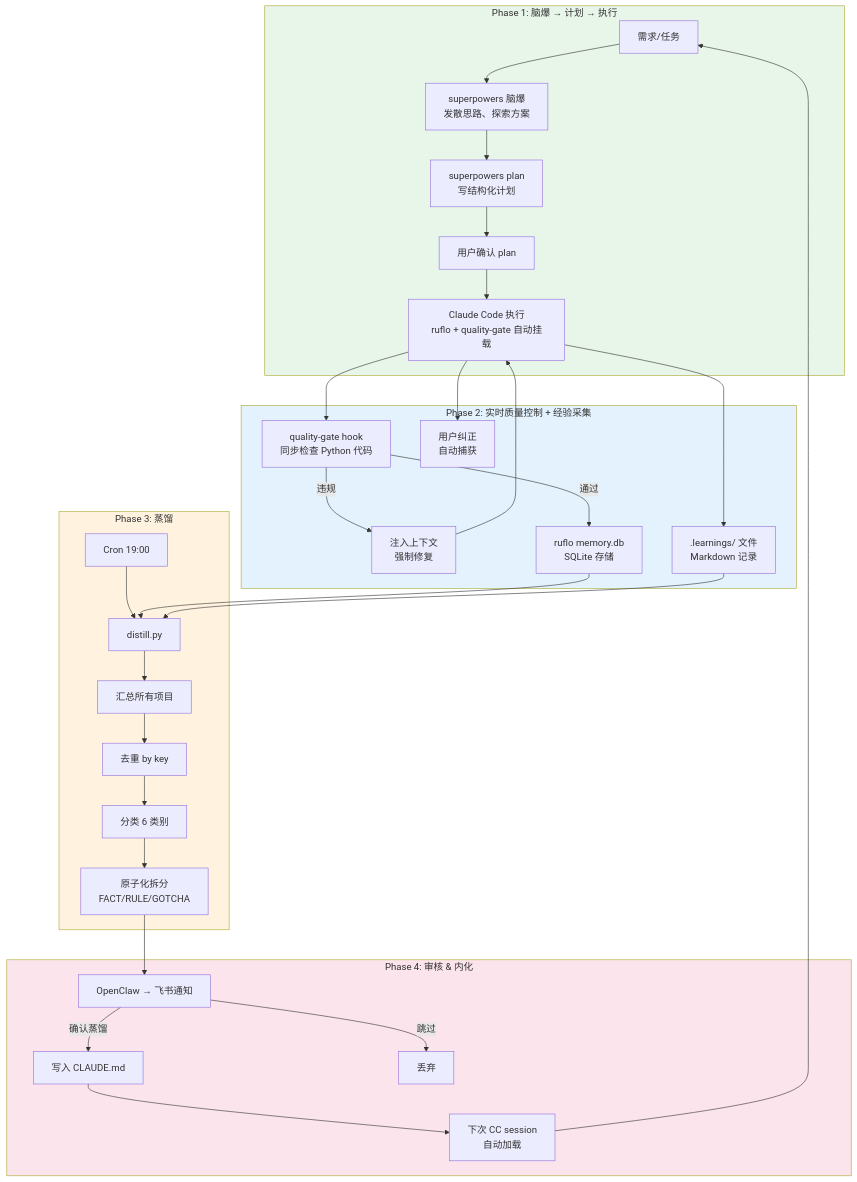
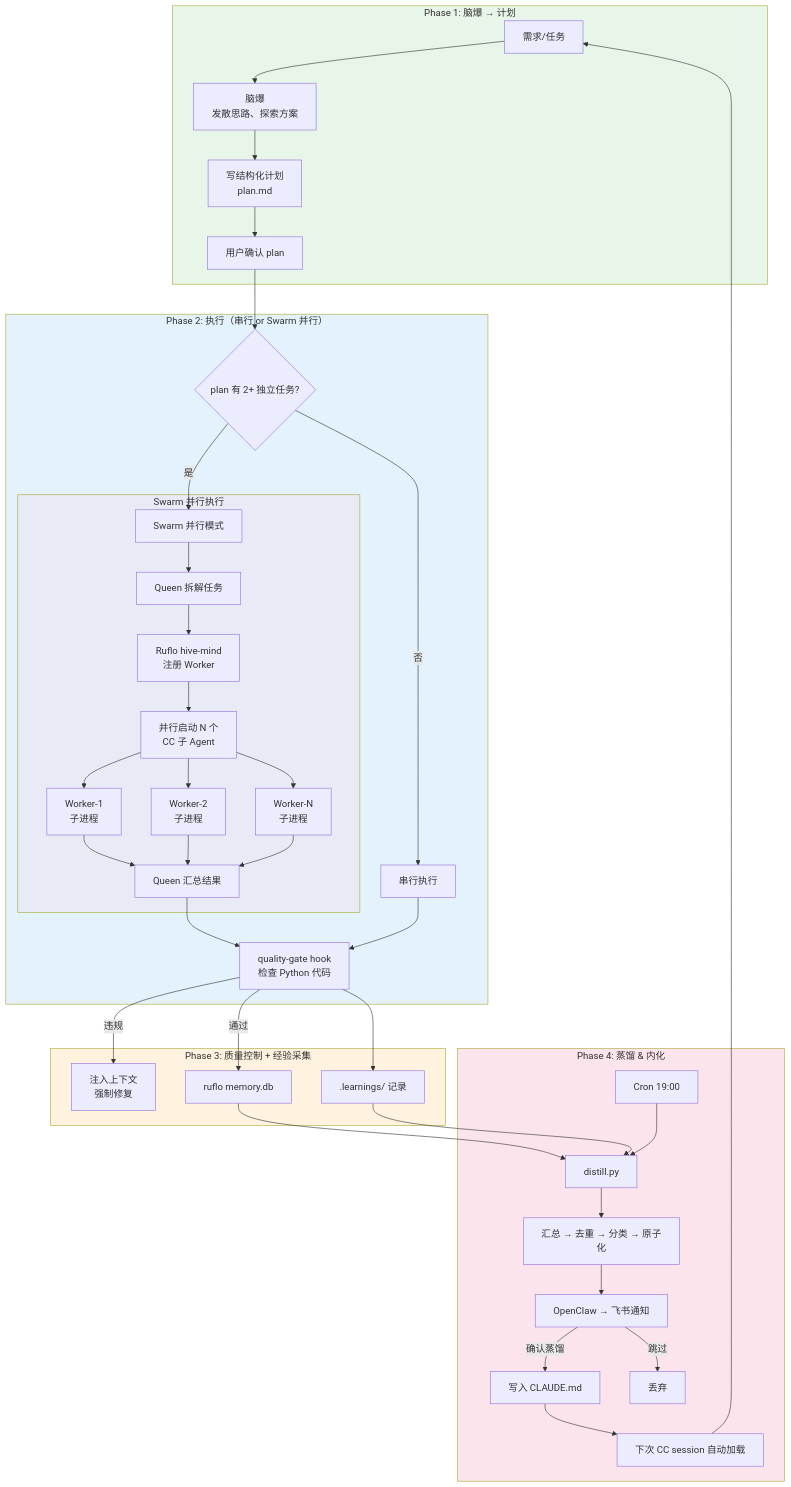
The first of 5 diagrams in diagrams/workflow.md (yaofuhong0311/ai-coding-workflow), drawn with Mermaid before and after one commit. The commit also changed other lines of this file and 2 other files, not shown here.

Commit message:
docs: add Swarm Agent parallel execution model and fix tech stack
- Add Swarm Agent section to README: Queen + Workers + CC sub-agent parallel execution pattern
- Clarify two-layer separation: Ruflo hive-mind (coordination) vs CC built-in Agent (execution)
- Update workflow from 3-step to 4-step: brainstorm → plan → execute (serial or swarm) → distill
- Add hooks configuration examples in architecture.md
- Remove ast-grep references (replaced by ruff + python-quality-gate.sh)
- Update workflow diagrams: add Swarm parallel execution branch and Swarm architecture diagram
- Fix tech stack: remove ast-grep, add CC built-in Agent parallel capability

````diff
--- a/diagrams/workflow.md
+++ b/diagrams/workflow.md
@@ -5,41 +5,54 @@
 ```mermaid
 flowchart TD
-    subgraph Phase1["Phase 1: 脑爆 → 计划 → 执行"]
-        A[需求/任务] --> B[superpowers 脑爆<br/>发散思路、探索方案]
-        B --> C[superpowers plan<br/>写结构化计划]
+    subgraph Phase1["Phase 1: 脑爆 → 计划"]
+        A[需求/任务] --> B[脑爆<br/>发散思路、探索方案]
+        B --> C[写结构化计划<br/>plan.md]
         C --> D[用户确认 plan]
-        D --> E[Claude Code 执行<br/>ruflo + quality-gate 自动挂载]
     end
 
-    subgraph Phase2["Phase 2: 实时质量控制 + 经验采集"]
-        E --> F1[quality-gate hook<br/>同步检查 Python 代码]
-        F1 -->|违规| F2[注入上下文<br/>强制修复]
-        F2 --> E
-        F1 -->|通过| F[ruflo memory.db<br/>SQLite 存储]
-        E --> G[.learnings/ 文件<br/>Markdown 记录]
-        E --> H[用户纠正<br/>自动捕获]
+    subgraph Phase2["Phase 2: 执行（串行 or Swarm 并行）"]
+        D --> E{plan 有 2+ 独立任务?}
+        E -->|是| SW[Swarm 并行模式]
+        E -->|否| SE[串行执行]
+
+        subgraph Swarm["Swarm 并行执行"]
+            SW --> SW1[Queen 拆解任务]
+            SW1 --> SW2[Ruflo hive-mind<br/>注册 Worker]
+            SW2 --> SW3[并行启动 N 个<br/>CC 子 Agent]
+            SW3 --> SW4[Worker-1<br/>子进程]
+            SW3 --> SW5[Worker-2<br/>子进程]
+            SW3 --> SW6[Worker-N<br/>子进程]
+            SW4 --> SW7[Queen 汇总结果]
+            SW5 --> SW7
+            SW6 --> SW7
+        end
+
+        SE --> QG
+        SW7 --> QG
     end
 
-    subgraph Phase3["Phase 3: 蒸馏"]
+    subgraph Phase3["Phase 3: 质量控制 + 经验采集"]
+        QG[quality-gate hook<br/>检查 Python 代码]
+        QG -->|违规| QG2[注入上下文<br/>强制修复]
+        QG -->|通过| F[ruflo memory.db]
+        QG --> G[.learnings/ 记录]
+    end
+
+    subgraph Phase4["Phase 4: 蒸馏 & 内化"]
         I[Cron 19:00] --> J[distill.py]
         F --> J
         G --> J
-        J --> K[汇总所有项目]
-        K --> L[去重 by key]
-        L --> M[分类 6 类别]
-        M --> N[原子化拆分<br/>FACT/RULE/GOTCHA]
-    end
-
-    subgraph Phase4["Phase 4: 审核 & 内化"]
-        N --> O[OpenClaw → 飞书通知]
+        J --> K[汇总 → 去重 → 分类 → 原子化]
+        K --> O[OpenClaw → 飞书通知]
         O -->|确认蒸馏| P[写入 CLAUDE.md]
         O -->|跳过| Q[丢弃]
-        P --> R[下次 CC session<br/>自动加载]
+        P --> R[下次 CC session 自动加载]
         R --> A
     end
 
     style Phase1 fill:#e8f5e9
     style Phase2 fill:#e3f2fd
     style Phase3 fill:#fff3e0
     style Phase4 fill:#fce4ec
+    style Swarm fill:#e8eaf6
 ```
````
